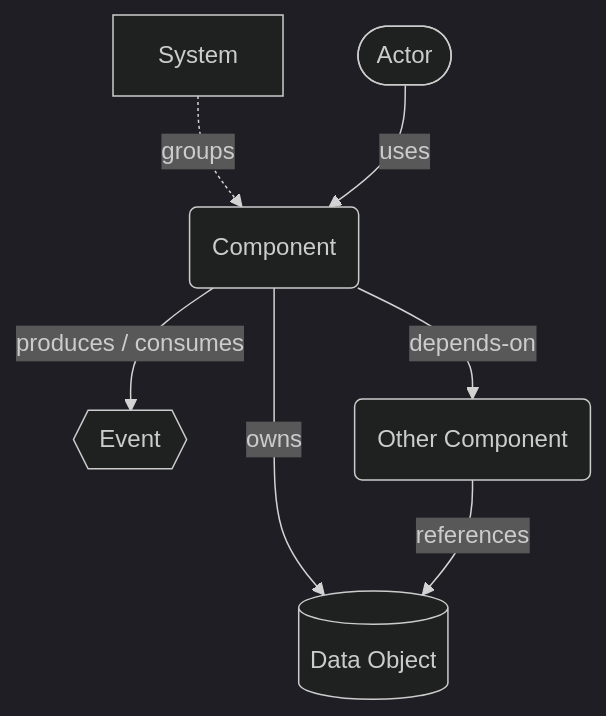
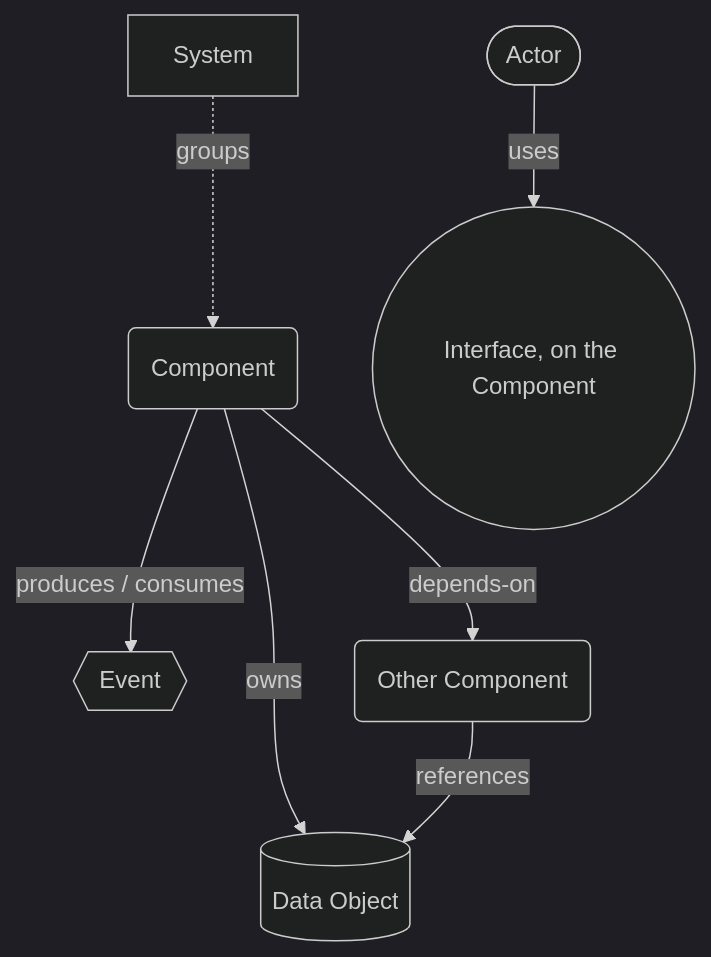
The first of 8 diagrams in contour.md (mykhailo-kulish/contour), drawn with Mermaid (dark theme) before and after one commit. The commit also changed other lines of this file and 2 other files, not shown here.

First line of the commit message:
v0.4: bring back Interface as the element that serves one caller

````diff
--- a/contour.md
+++ b/contour.md
@@ -264,9 +266,9 @@
 ```mermaid
 graph TD
     Y[System] -.->|groups| Sys(Component)
-    A([Actor]) -->|uses| Sys
+    A([Actor]) -->|uses| I((Interface, on the Component))
     Sys -->|produces / consumes| E{{Event}}
     Sys -->|owns| D[(Data Object)]
     Other(Other Component) -->|references| D
     Sys -->|depends-on| Other
 ```
````
